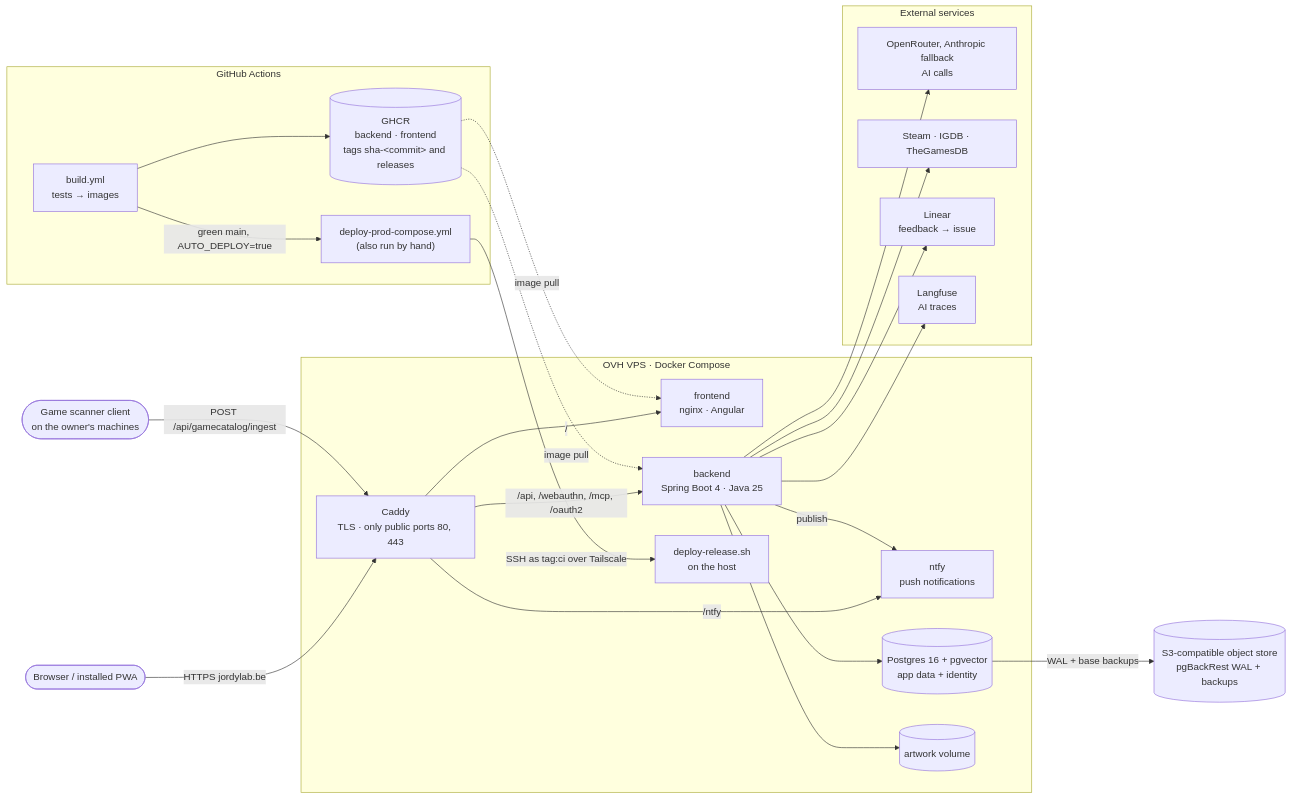
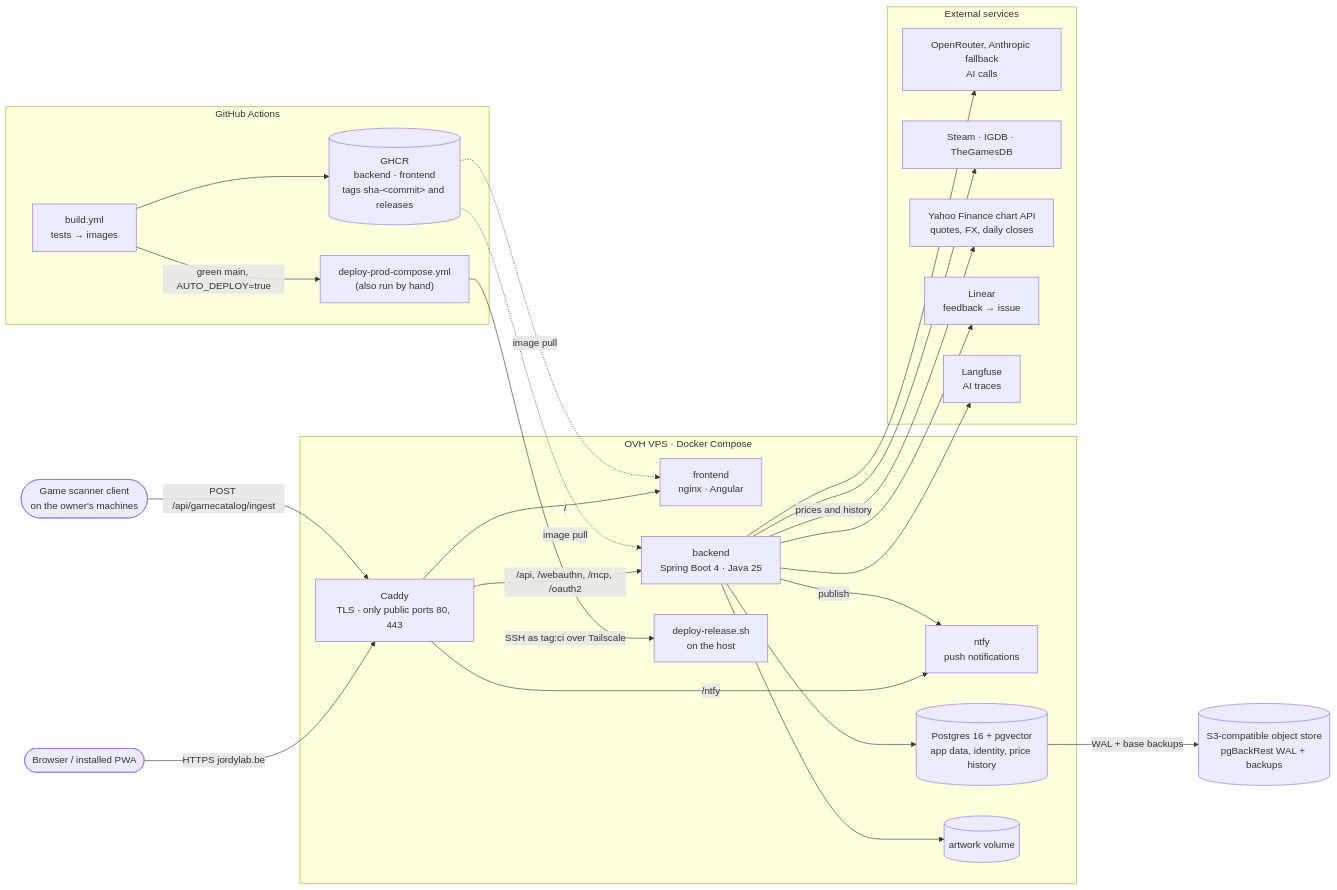
Before and after one commit to jordy-swinnen/JordyLab: the diagram in README.md, drawn with Mermaid. The commit also changed 3 other files, not shown here.

````diff
--- a/README.md
+++ b/README.md
@@ -24,46 +24,48 @@
 ```mermaid
 flowchart LR
     user(["Browser / installed PWA"])
     scanner(["Game scanner client<br/>on the owner's machines"])
 
     subgraph gh["GitHub Actions"]
         build["build.yml<br/>tests → images"] --> ghcr[("GHCR<br/>backend · frontend<br/>tags sha-&lt;commit&gt; and releases")]
         build -- "green main, AUTO_DEPLOY=true" --> deploy["deploy-prod-compose.yml<br/>(also run by hand)"]
     end
 
     subgraph vps["OVH VPS · Docker Compose"]
         caddy["Caddy<br/>TLS · only public ports 80, 443"]
         fe["frontend<br/>nginx · Angular"]
         be["backend<br/>Spring Boot 4 · Java 25"]
         ntfy["ntfy<br/>push notifications"]
-        pg[("Postgres 16 + pgvector<br/>app data + identity")]
+        pg[("Postgres 16 + pgvector<br/>app data, identity, price history")]
         art[("artwork volume")]
         host["deploy-release.sh<br/>on the host"]
     end
 
     s3[("S3-compatible object store<br/>pgBackRest WAL + backups")]
 
     subgraph ext["External services"]
         ai["OpenRouter, Anthropic fallback<br/>AI calls"]
         games["Steam · IGDB · TheGamesDB"]
+        yahoo["Yahoo Finance chart API<br/>quotes, FX, daily closes"]
         linear["Linear<br/>feedback → issue"]
         lf["Langfuse<br/>AI traces"]
     end
 
     user -- "HTTPS jordylab.be" --> caddy
     scanner -- "POST /api/gamecatalog/ingest" --> caddy
     caddy -- "/" --> fe
     caddy -- "/api, /webauthn, /mcp, /oauth2" --> be
     caddy -- "/ntfy" --> ntfy
     be --> pg
     be --> art
     be -- "publish" --> ntfy
     be --> ai
     be --> games
+    be -- "prices and history" --> yahoo
     be --> linear
     be --> lf
     pg -- "WAL + base backups" --> s3
     deploy -- "SSH as tag:ci over Tailscale" --> host
     ghcr -. "image pull" .-> fe
     ghcr -. "image pull" .-> be
 ```
````
